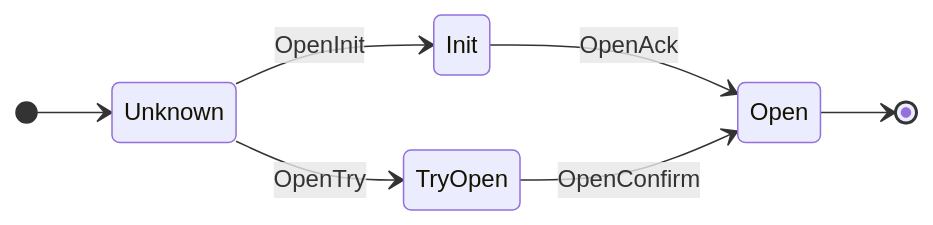
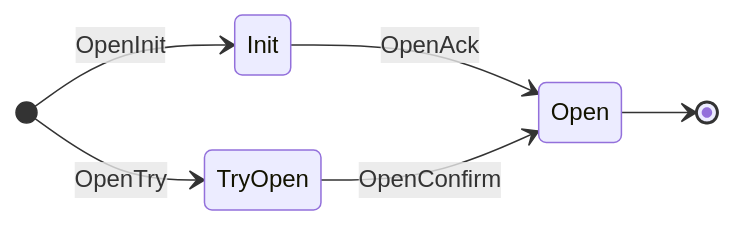
One commit to onbloc/gno-ibc changed the diagram in docs/specs/ibc-v1-core/connection-channel-lifecycle.md. Above: the diagram before and after it, drawn with Mermaid. The commit also changed other lines of this file and 25 other files, not shown here.

````diff
--- a/docs/specs/ibc-v1-core/connection-channel-lifecycle.md
+++ b/docs/specs/ibc-v1-core/connection-channel-lifecycle.md
@@ -210,10 +210,9 @@
 ```mermaid
 stateDiagram-v2
   direction LR
-  [*] --> Unknown
-  Unknown --> Init: OpenInit
-  Unknown --> TryOpen: OpenTry
+  [*] --> Init: OpenInit
+  [*] --> TryOpen: OpenTry
   Init --> Open: OpenAck
   TryOpen --> Open: OpenConfirm
   Open --> [*]
 ```
````
